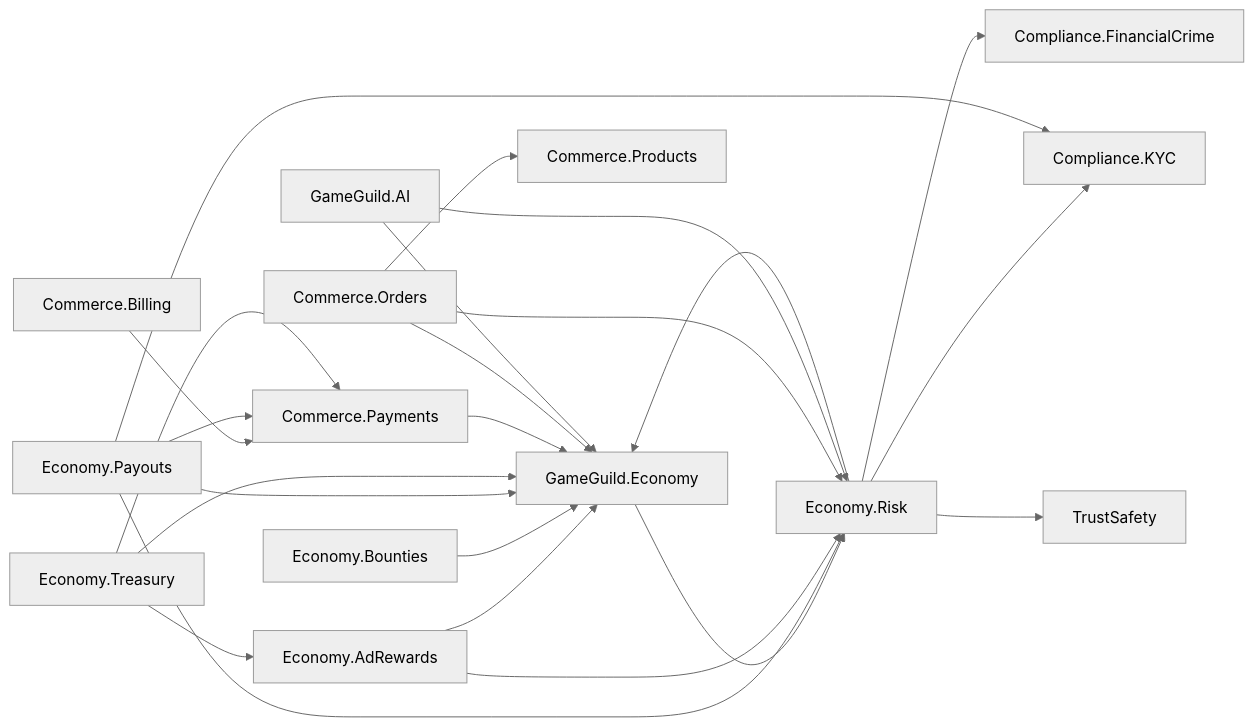
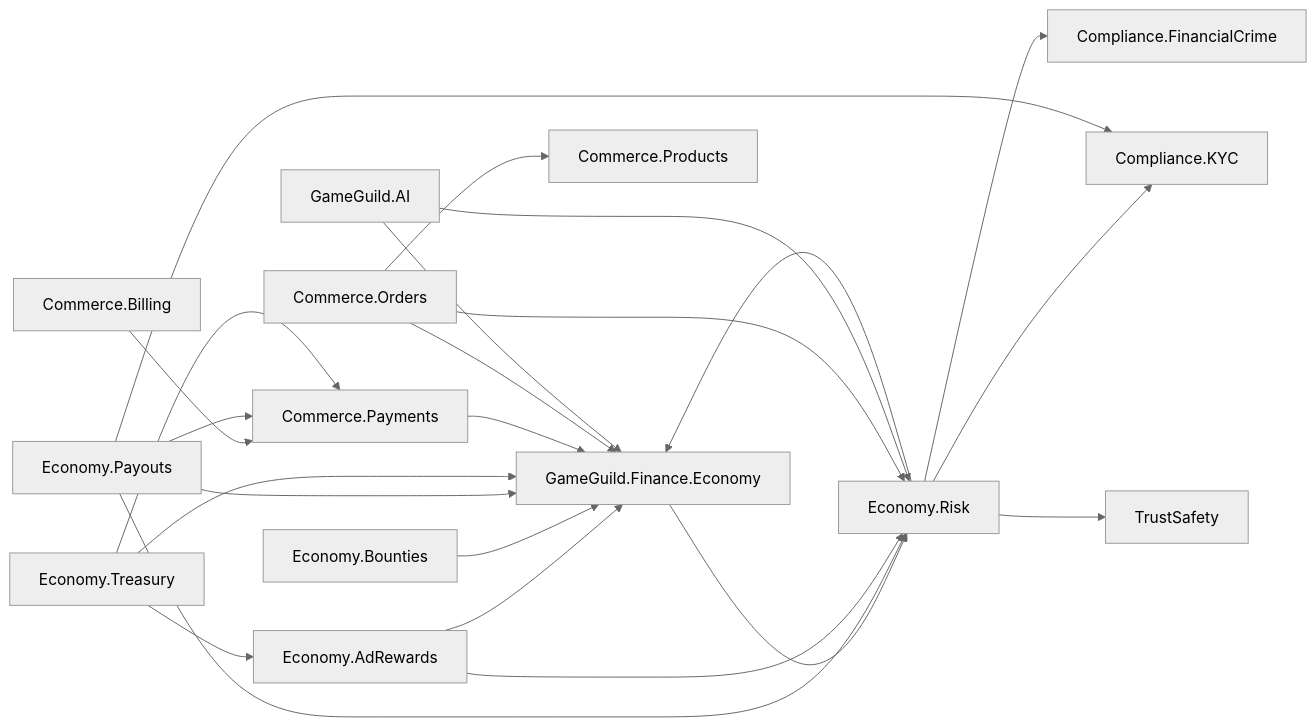
Before and after one commit to gameguild-gg/gameguild: the diagram in docs/architecture/DUAL_CURRENCY_ECONOMY.md, drawn with Mermaid (neutral theme). The commit also changed other lines of this file and 1082 other files, not shown here.

````diff
--- a/docs/architecture/DUAL_CURRENCY_ECONOMY.md
+++ b/docs/architecture/DUAL_CURRENCY_ECONOMY.md
@@ -172,26 +172,26 @@
 ```mermaid
 flowchart LR
-    Core[GameGuild.Economy]
+    Core[GameGuild.Finance.Economy]
     Ads[Economy.AdRewards] --> Core
     Bounties[Economy.Bounties] --> Core
     Payouts[Economy.Payouts] --> Core
     Treasury[Economy.Treasury] --> Core
     Risk[Economy.Risk] --> Core
     Core --> Risk
     Payments[Commerce.Payments] --> Core
     Billing[Commerce.Billing] --> Payments
     Orders[Commerce.Orders] --> Core
     Orders --> Products[Commerce.Products]
     AI[GameGuild.AI] --> Core
     Payouts --> Risk
     Ads --> Risk
     Orders --> Risk
     AI --> Risk
     Risk --> KYC[Compliance.KYC]
     Risk --> FinCrime[Compliance.FinancialCrime]
     Risk --> TS[TrustSafety]
     Payouts --> KYC
     Payouts --> Payments
     Treasury --> Payments
     Treasury --> Ads
 ```
````
